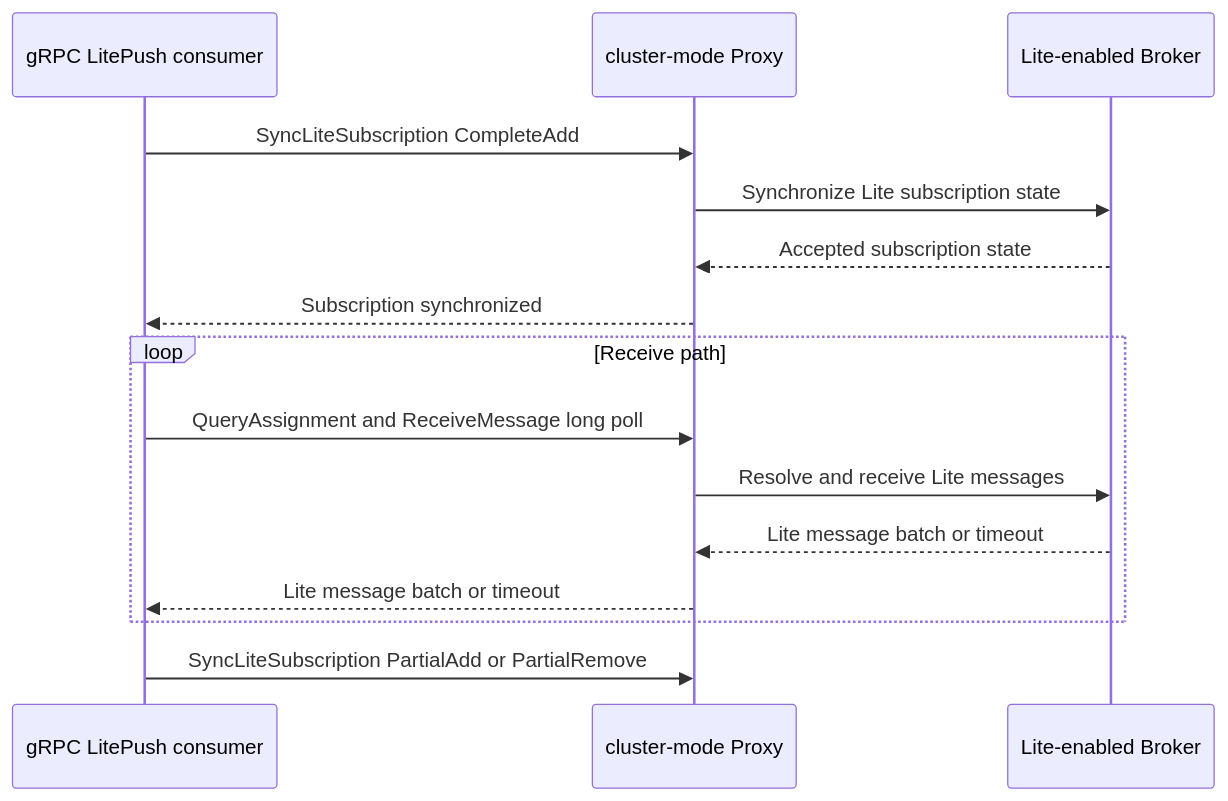
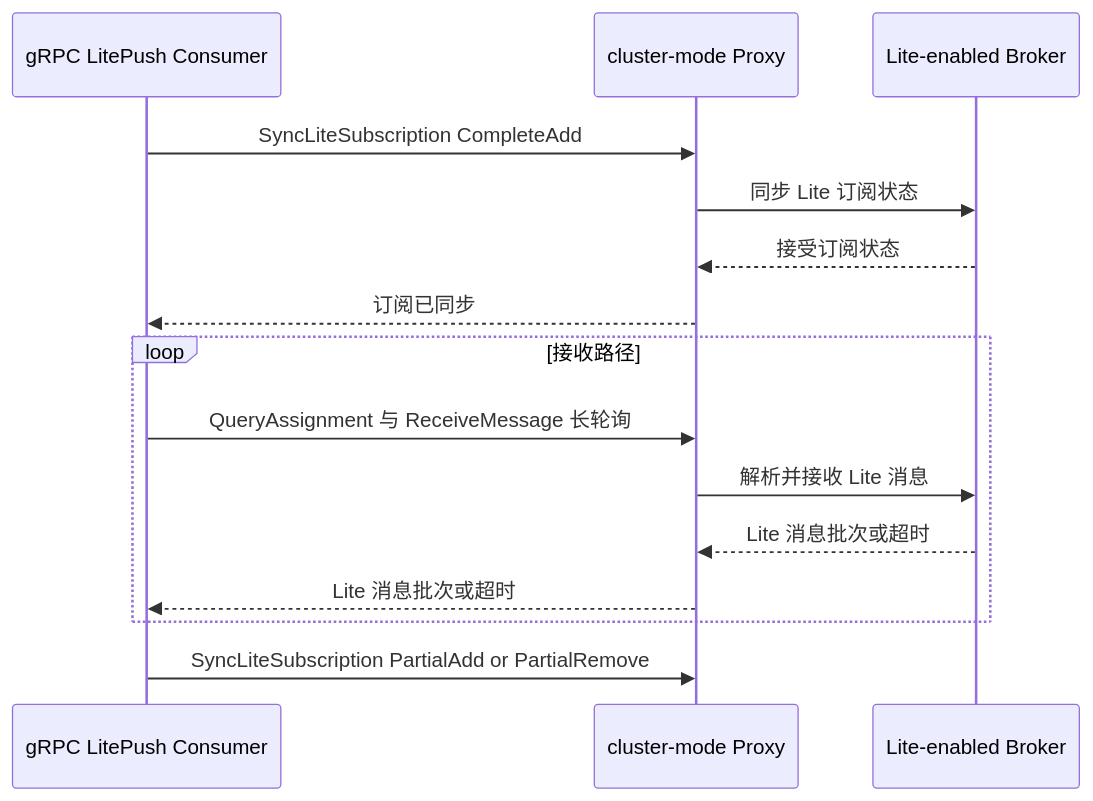
Before and after one commit to eventhorizon-cli/EventHorizon.RocketMQ: the fifth of 6 diagrams in docs/zh-CN/architecture/rocketmq-architecture.md, drawn with Mermaid. The commit also changed other lines of this file and 88 other files, not shown here.

````diff
--- a/docs/zh-CN/architecture/rocketmq-architecture.md
+++ b/docs/zh-CN/architecture/rocketmq-architecture.md
@@ -138,20 +138,20 @@
 ```mermaid
 sequenceDiagram
-    participant Lite as gRPC LitePush consumer
+    participant Lite as gRPC LitePush Consumer
     participant Proxy as cluster-mode Proxy
     participant Broker as Lite-enabled Broker
 
     Lite->>Proxy: SyncLiteSubscription CompleteAdd
-    Proxy->>Broker: Synchronize Lite subscription state
-    Broker-->>Proxy: Accepted subscription state
-    Proxy-->>Lite: Subscription synchronized
+    Proxy->>Broker: 同步 Lite 订阅状态
+    Broker-->>Proxy: 接受订阅状态
+    Proxy-->>Lite: 订阅已同步
 
-    loop Receive path
-        Lite->>Proxy: QueryAssignment and ReceiveMessage long poll
-        Proxy->>Broker: Resolve and receive Lite messages
-        Broker-->>Proxy: Lite message batch or timeout
-        Proxy-->>Lite: Lite message batch or timeout
+    loop 接收路径
+        Lite->>Proxy: QueryAssignment 与 ReceiveMessage 长轮询
+        Proxy->>Broker: 解析并接收 Lite 消息
+        Broker-->>Proxy: Lite 消息批次或超时
+        Proxy-->>Lite: Lite 消息批次或超时
     end
 
     Lite->>Proxy: SyncLiteSubscription PartialAdd or PartialRemove
 ```
````
